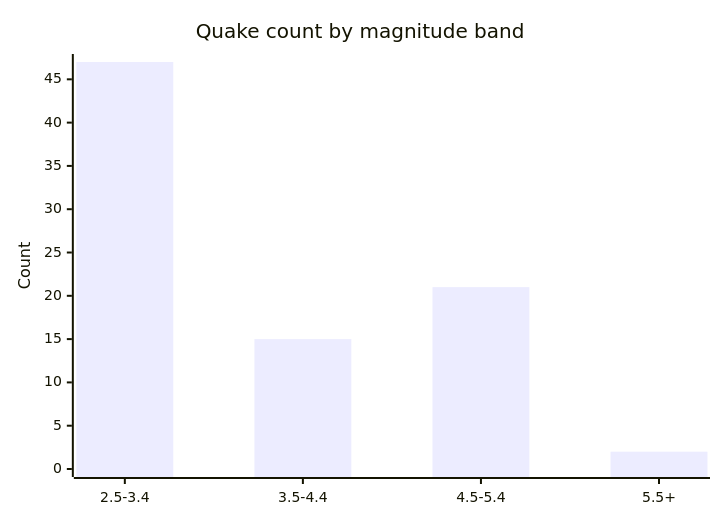
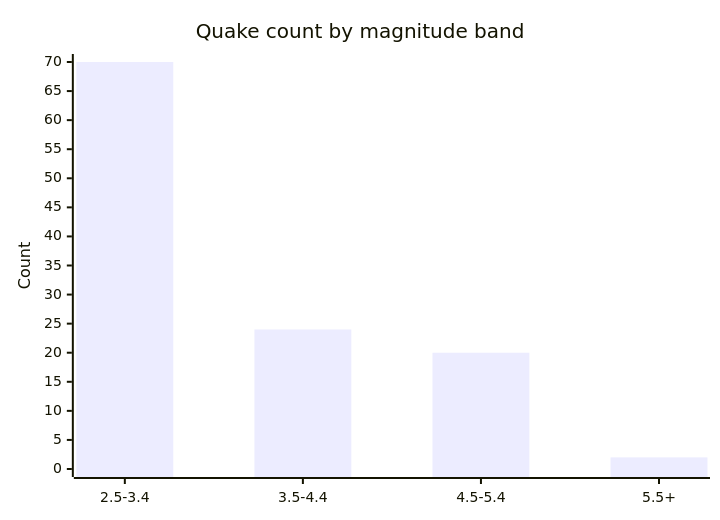
Before and after one commit to Midwest-Stratospheric/aerostratospheric-defense-gir: the fifth of 6 diagrams in docs/GRAPHS.md, drawn with Mermaid. The commit also changed other lines of this file and 23 other files, not shown here.

````diff
--- a/docs/GRAPHS.md
+++ b/docs/GRAPHS.md
@@ -82,7 +82,7 @@
 ```mermaid
 xychart-beta
   title "Quake count by magnitude band"
   x-axis ["2.5-3.4", "3.5-4.4", "4.5-5.4", "5.5+"]
-  y-axis "Count" 0 --> 47
-  bar [47, 15, 21, 2]
+  y-axis "Count" 0 --> 70
+  bar [70, 24, 20, 2]
 ```
````
